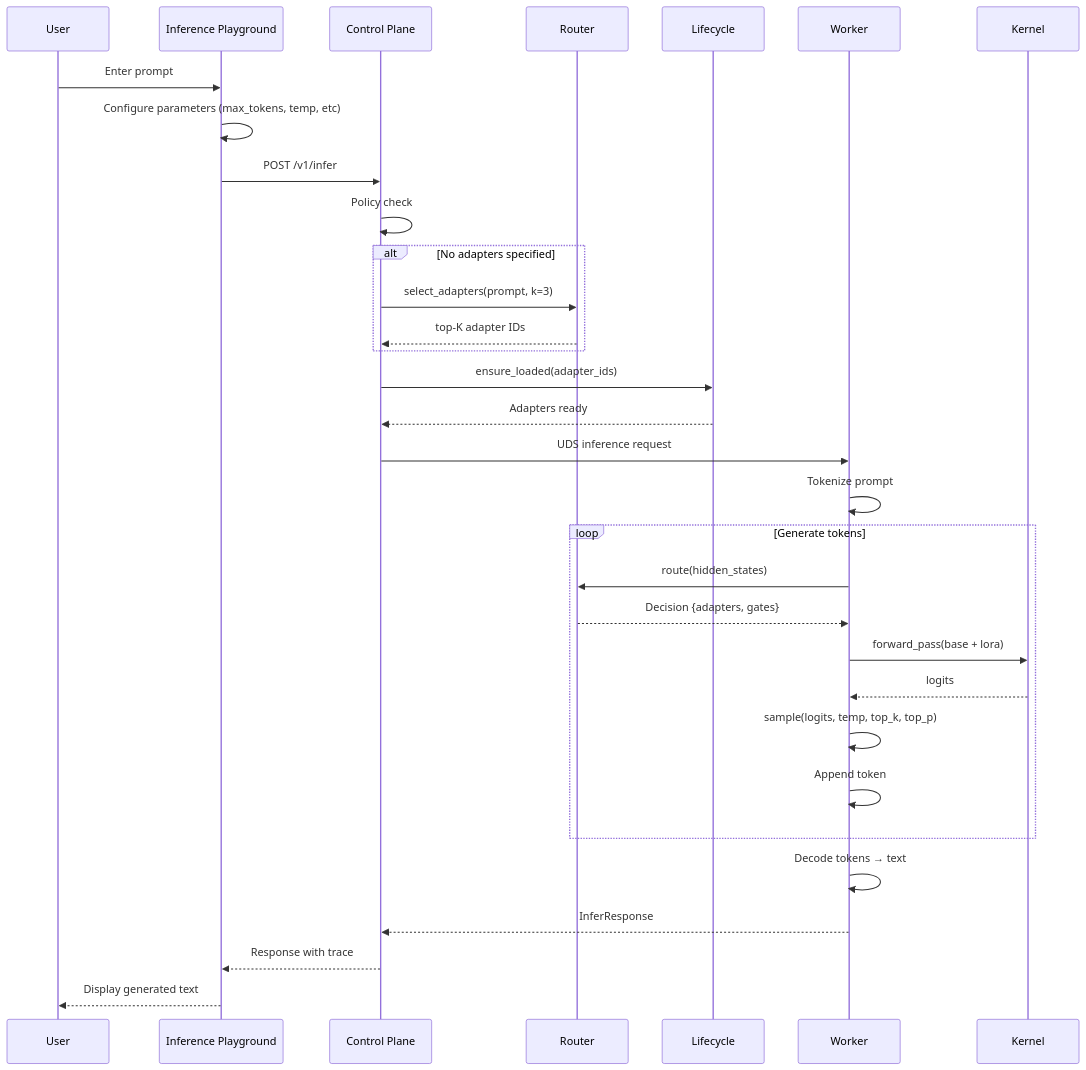
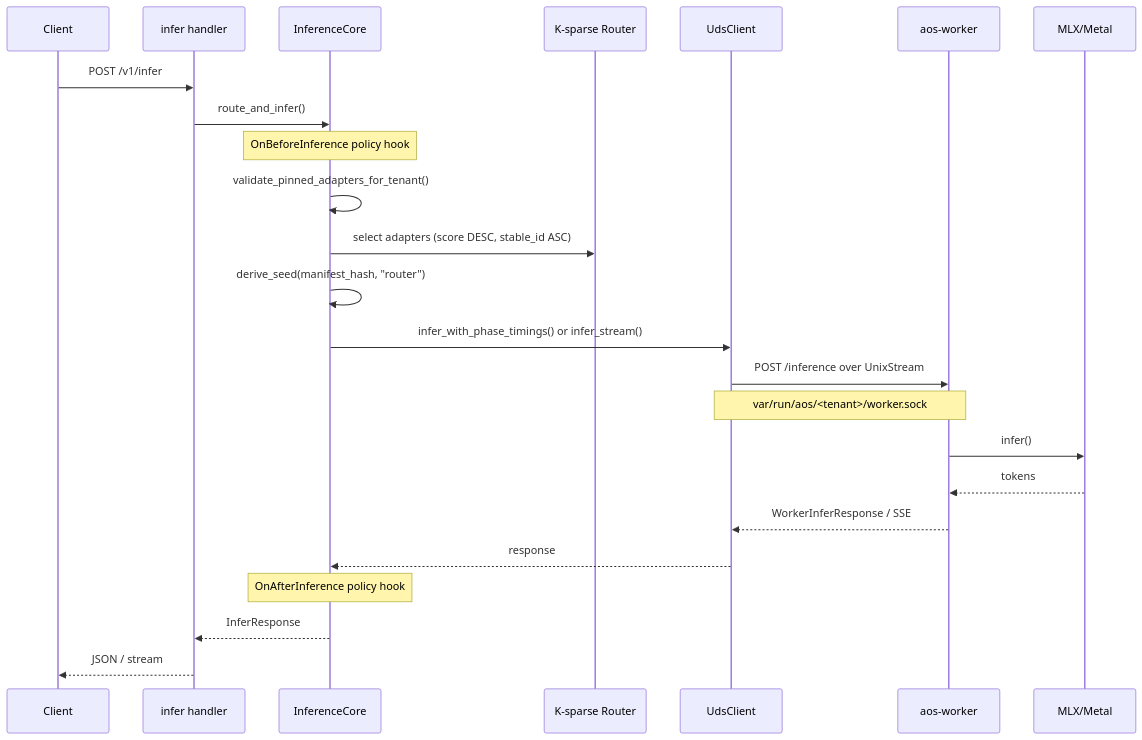
The fourth of 6 diagrams in docs/ARCHITECTURE.md (rogu3bear/adapter-os), drawn with Mermaid before and after one commit. The commit also changed other lines of this file and 30 other files, not shown here.

````diff
--- a/docs/ARCHITECTURE.md
+++ b/docs/ARCHITECTURE.md
@@ -1274,40 +147,31 @@
 ```mermaid
 sequenceDiagram
-    participant User
-    participant UI as Inference Playground
-    participant API as Control Plane
-    participant Router
-    participant Lifecycle
-    participant Worker
-    participant Kernel
+    participant Client
+    participant Handler as infer handler
+    participant Core as InferenceCore
+    participant Router as K-sparse Router
+    participant UDS as UdsClient
+    participant Worker as aos-worker
+    participant Backend as MLX/Metal
 
-    User->>UI: Enter prompt
-    UI->>UI: Configure parameters (max_tokens, temp, etc)
-    UI->>API: POST /v1/infer
-    API->>API: Policy check
-
-    alt No adapters specified
-        API->>Router: select_adapters(prompt, k=3)
-        Router-->>API: top-K adapter IDs
-    end
-
-    API->>Lifecycle: ensure_loaded(adapter_ids)
-    Lifecycle-->>API: Adapters ready
-
-    API->>Worker: UDS inference request
-    Worker->>Worker: Tokenize prompt
-
-    loop Generate tokens
-        Worker->>Router: route(hidden_states)
-        Router-->>Worker: Decision {adapters, gates}
-        Worker->>Kernel: forward_pass(base + lora)
-        Kernel-->>Worker: logits
-        Worker->>Worker: sample(logits, temp, top_k, top_p)
-        Worker->>Worker: Append token
-    end
-
-    Worker->>Worker: Decode tokens → text
-    Worker-->>API: InferResponse
-    API-->>UI: Response with trace
-    UI-->>User: Display generated text
+    Client->>Handler: POST /v1/infer
+    Handler->>Core: route_and_infer()
+    
+    Note over Core: OnBeforeInference policy hook
+    Core->>Core: validate_pinned_adapters_for_tenant()
+    Core->>Router: select adapters (score DESC, stable_id ASC)
+    Core->>Core: derive_seed(manifest_hash, "router")
+    
+    Core->>UDS: infer_with_phase_timings() or infer_stream()
+    UDS->>Worker: POST /inference over UnixStream
+    Note over UDS,Worker: var/run/aos/<tenant>/worker.sock
+    
+    Worker->>Backend: infer()
+    Backend-->>Worker: tokens
+    Worker-->>UDS: WorkerInferResponse / SSE
+    UDS-->>Core: response
+    
+    Note over Core: OnAfterInference policy hook
+    Core-->>Handler: InferResponse
+    Handler-->>Client: JSON / stream
 ```
````
